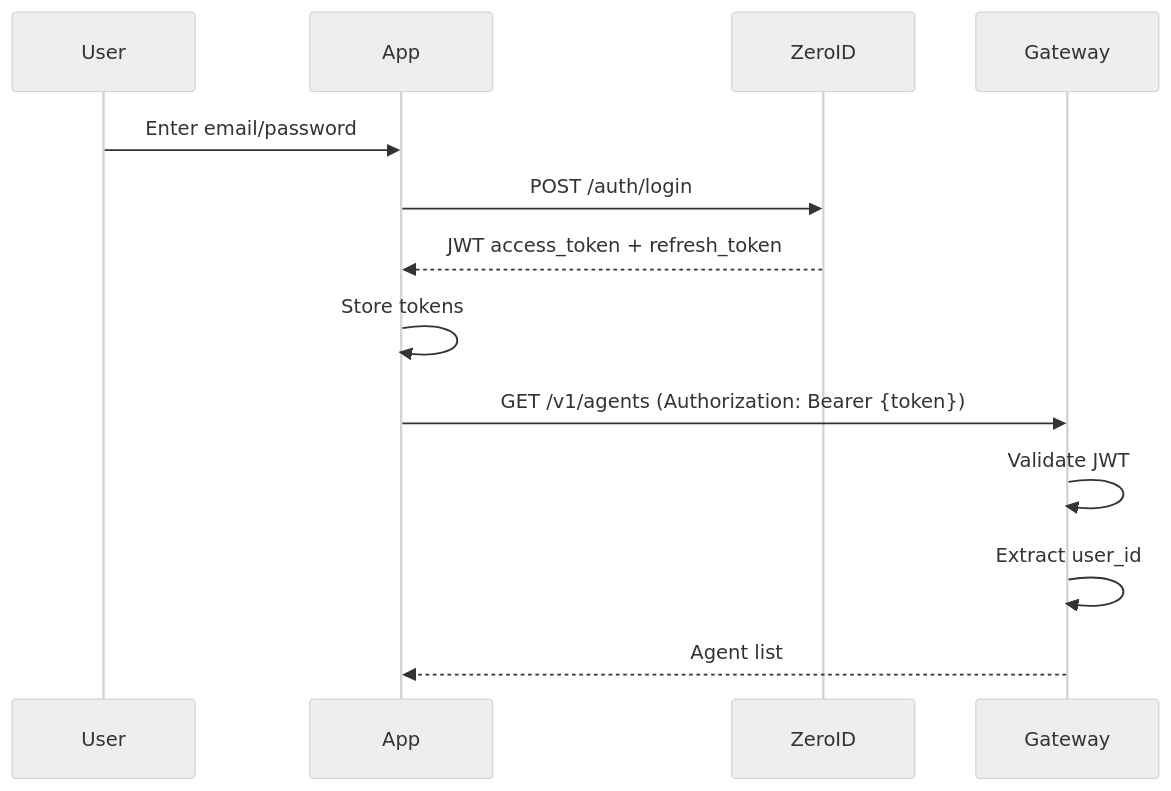
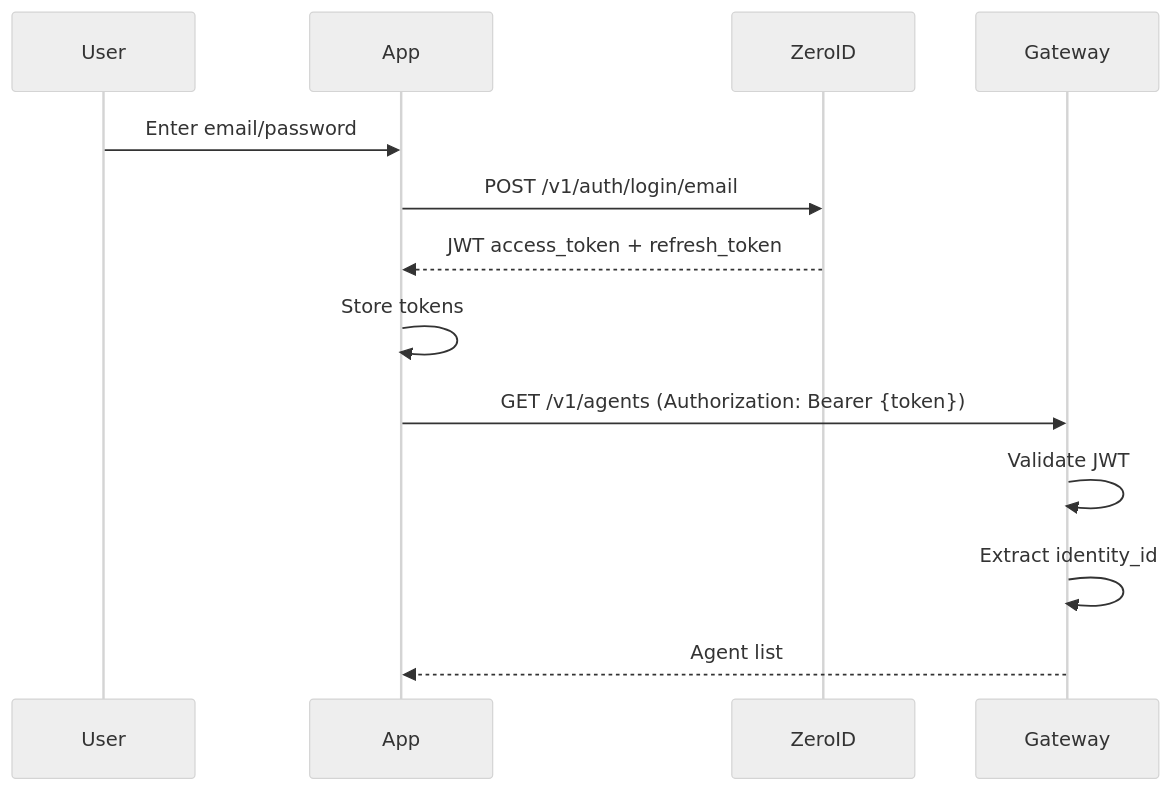
The second of 3 diagrams in docs/spec/v0.1.0/07-auth.md (cypher-asi/aura-swarm), drawn with Mermaid (neutral theme) before and after one commit. The commit also changed other lines of this file and 87 other files, not shown here.

````diff
--- a/docs/spec/v0.1.0/07-auth.md
+++ b/docs/spec/v0.1.0/07-auth.md
@@ -31,17 +33,17 @@
 ```mermaid
 sequenceDiagram
     participant User
     participant App
     participant ZeroID
     participant Gateway
     
     User->>App: Enter email/password
-    App->>ZeroID: POST /auth/login
+    App->>ZeroID: POST /v1/auth/login/email
     ZeroID-->>App: JWT access_token + refresh_token
     App->>App: Store tokens
     
     App->>Gateway: GET /v1/agents (Authorization: Bearer {token})
     Gateway->>Gateway: Validate JWT
-    Gateway->>Gateway: Extract user_id
+    Gateway->>Gateway: Extract identity_id
     Gateway-->>App: Agent list
 ```
````
